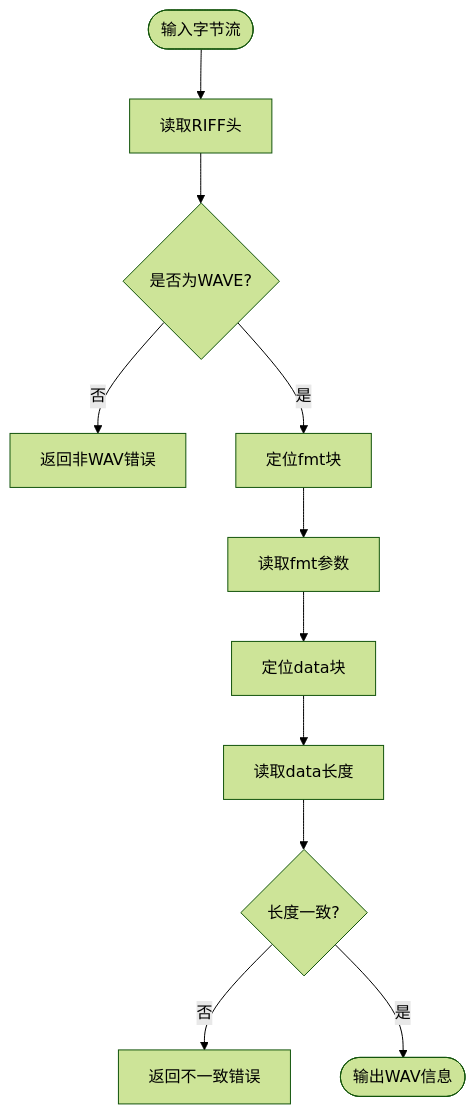
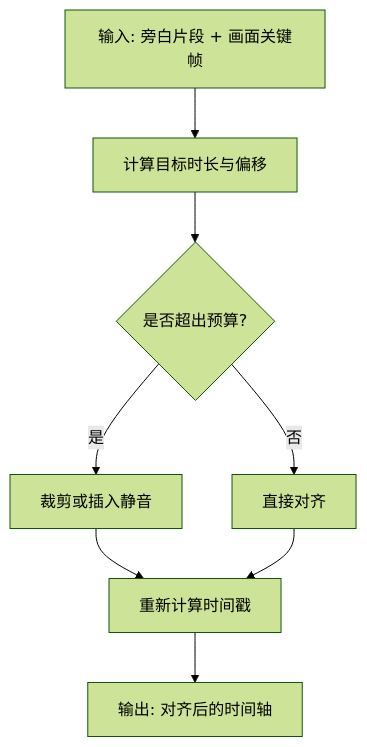
One commit to scottcwy/PurpleInk changed the fifth of 9 diagrams in .qoder/repowiki/zh/content/音频处理/音频处理.md. Above: the diagram before and after it, drawn with Mermaid (forest theme). The commit also changed other lines of this file and 872 other files, not shown here.

````diff
--- a/.qoder/repowiki/zh/content/音频处理/音频处理.md
+++ b/.qoder/repowiki/zh/content/音频处理/音频处理.md
@@ -341,13 +297,10 @@
 ```mermaid
 flowchart TD
-B(["输入字节流"]) --> RIFF["读取RIFF头"]
-RIFF --> WAVE{"是否为WAVE?"}
-WAVE --> |否| ErrB["返回非WAV错误"]
-WAVE --> |是| FindFmt["定位fmt块"]
-FindFmt --> ReadFmt["读取fmt参数"]
-ReadFmt --> FindData["定位data块"]
-FindData --> ReadLen["读取data长度"]
-ReadLen --> Verify{"长度一致?"}
-Verify --> |否| ErrC["返回不一致错误"]
-Verify --> |是| OutB(["输出WAV信息"])
+A["输入: 旁白片段 + 画面关键帧"] --> B["计算目标时长与偏移"]
+B --> C{"是否超出预算?"}
+C --> |是| D["裁剪或插入静音"]
+C --> |否| E["直接对齐"]
+D --> F["重新计算时间戳"]
+E --> F
+F --> G["输出: 对齐后的时间轴"]
 ```
````
